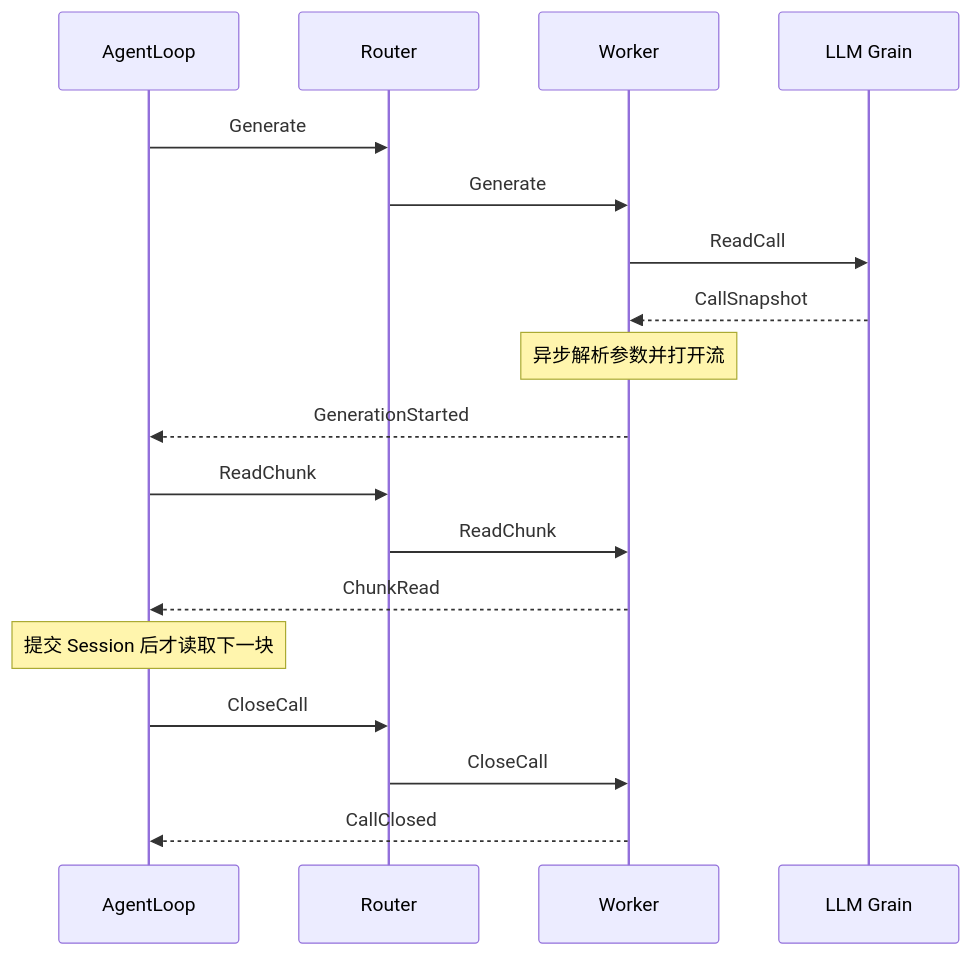
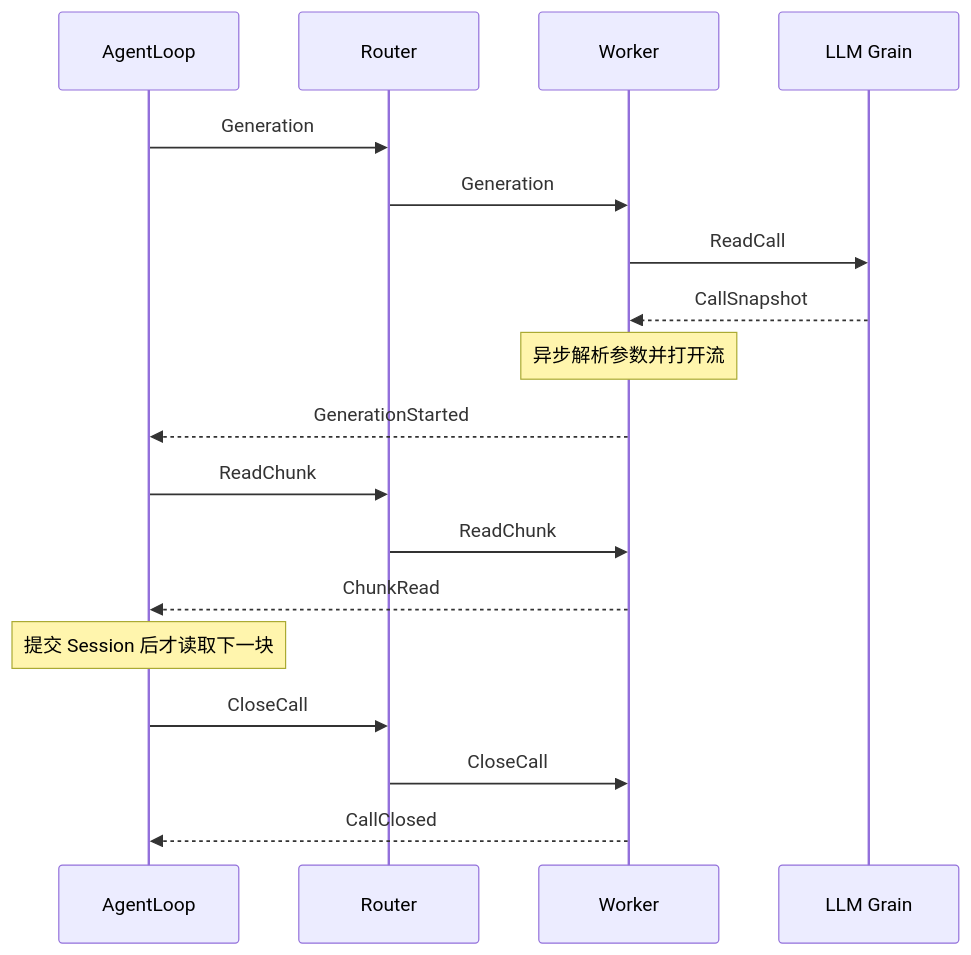
Before and after one commit to gorenx/goren: the diagram in llm/actor/README.zh-CN.md, drawn with Mermaid. The commit also changed other lines of this file and 7 other files, not shown here.

````diff
--- a/llm/actor/README.zh-CN.md
+++ b/llm/actor/README.zh-CN.md
@@ -9,20 +9,20 @@
 ```mermaid
 sequenceDiagram
  participant A as AgentLoop
  participant R as Router
  participant W as Worker
  participant L as LLM Grain
- A->>R: Generate
- R->>W: Generate
+ A->>R: Generation
+ R->>W: Generation
  W->>L: ReadCall
  L-->>W: CallSnapshot
  Note over W: 异步解析参数并打开流
  W-->>A: GenerationStarted
  A->>R: ReadChunk
  R->>W: ReadChunk
  W-->>A: ChunkRead
  Note over A: 提交 Session 后才读取下一块
  A->>R: CloseCall
  R->>W: CloseCall
  W-->>A: CallClosed
 ```
````
